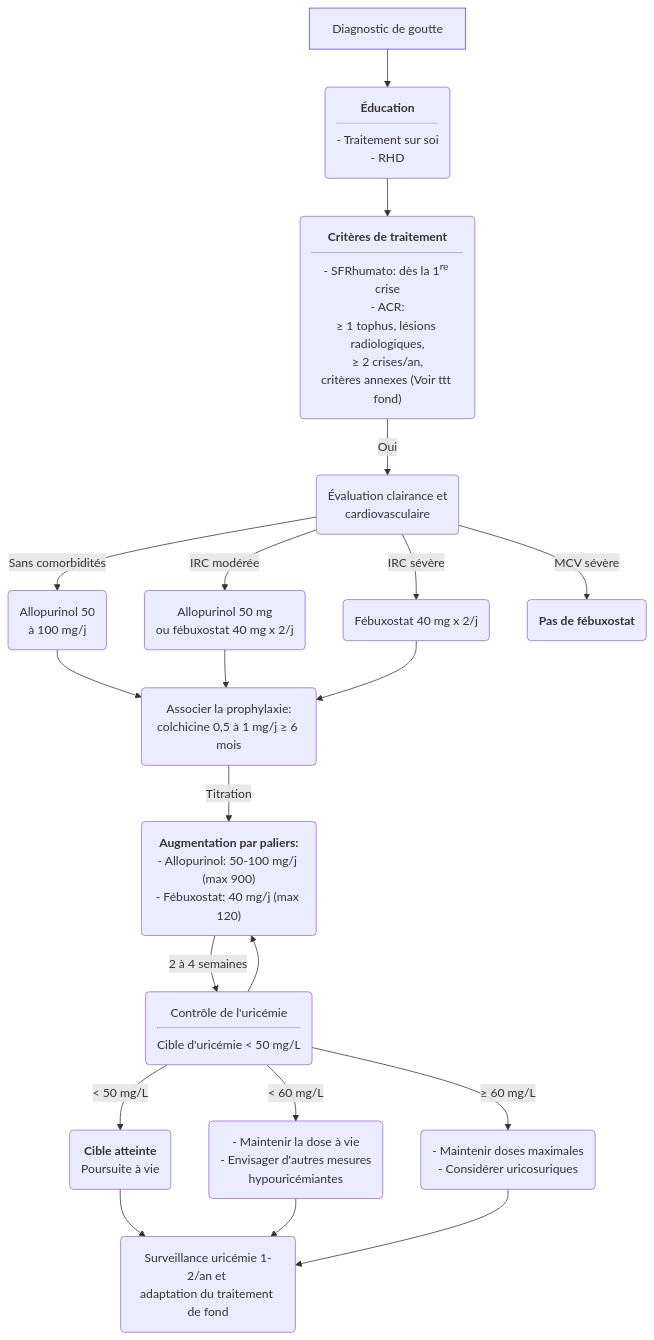
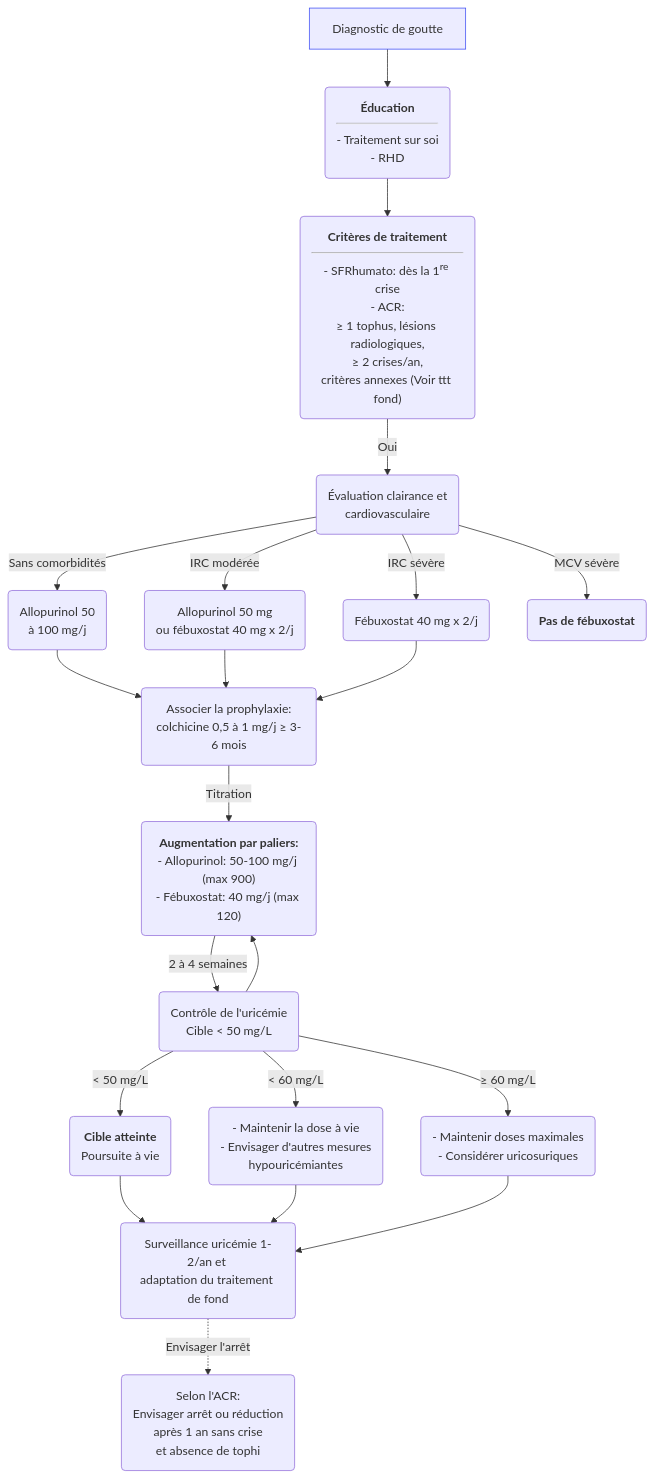
The second of 2 diagrams in content/recommandations/goutte.md (djibe/recommandations-medicales), drawn with Mermaid before and after one commit. The commit also changed other lines of this file and 9 other files, not shown here.

```diff
--- a/content/recommandations/goutte.md
+++ b/content/recommandations/goutte.md
@@ -344,15 +344,16 @@
 {{< mermaid title="Conduite à tenir thérapeutique pour le traitement hypouricémiant. Dr JB Fron d'après SFR et ACR 2020" >}}
 graph TB
   diagnostic[Diagnostic de goutte] --> education(<b>Éducation</b><hr>- Traitement sur soi<br>- RHD) --> criteres("<b>Critères de traitement</b><hr>- SFRhumato: dès la 1<sup>re</sup> crise<br>- ACR:<br>&ge; 1 tophus, lésions radiologiques,<br>&ge; 2 crises/an,<br>critères annexes (Voir ttt fond)")
   style diagnostic stroke:#4150f5, stroke-width:1px
     criteres -- Oui --> clairance(Évaluation clairance et<br>cardiovasculaire)
-      clairance -- Sans comorbidités --> allopurinol(Allopurinol 50<br>à 100 mg/j) --> prophylaxie("Associer la prophylaxie:<br>colchicine 0,5 à 1 mg/j &ge; 6 mois")
+      clairance -- Sans comorbidités --> allopurinol(Allopurinol 50<br>à 100 mg/j) --> prophylaxie("Associer la prophylaxie:<br>colchicine 0,5 à 1 mg/j &ge; 3-6 mois")
       clairance -- IRC modérée --> ircmoderee(Allopurinol 50 mg<br>ou fébuxostat 40 mg x 2/j) --> prophylaxie
       clairance -- IRC sévère --> ircsevere(Fébuxostat 40 mg x 2/j) --> prophylaxie
       clairance -- MCV sévère --> mcv(<b>Pas de fébuxostat</b>)
         prophylaxie -- Titration --> titration("<b>Augmentation par paliers:</b><br>- Allopurinol: 50-100 mg/j (max 900)<br>- Fébuxostat: 40 mg/j (max 120)")
-          titration -- 2 à 4 semaines --> uricemie(Contrôle de l'uricémie<hr>Cible d'uricémie &lt; 50 mg/L) --> titration
+          titration -- 2 à 4 semaines --> uricemie(Contrôle de l'uricémie<br>Cible &lt; 50 mg/L) --> titration
             uricemie -- "&lt; 50 mg/L" --> cible(<b>Cible atteinte</b><br>Poursuite à vie) --> surv("Surveillance uricémie 1-2/an et <br>adaptation du traitement de fond")
+              surv -. Envisager l'arrêt .-> arret("Selon l'ACR:<br>Envisager arrêt ou réduction<br>après 1 an sans crise<br>et absence de tophi")
             uricemie -- "&lt; 60 mg/L" --> presque("- Maintenir la dose à vie<br>- Envisager d'autres mesures<br>hypouricémiantes") --> surv
             uricemie -- "&ge; 60 mg/L" --> hors("- Maintenir doses maximales<br>- Considérer uricosuriques") --> surv
 {{< /mermaid >}}
```
